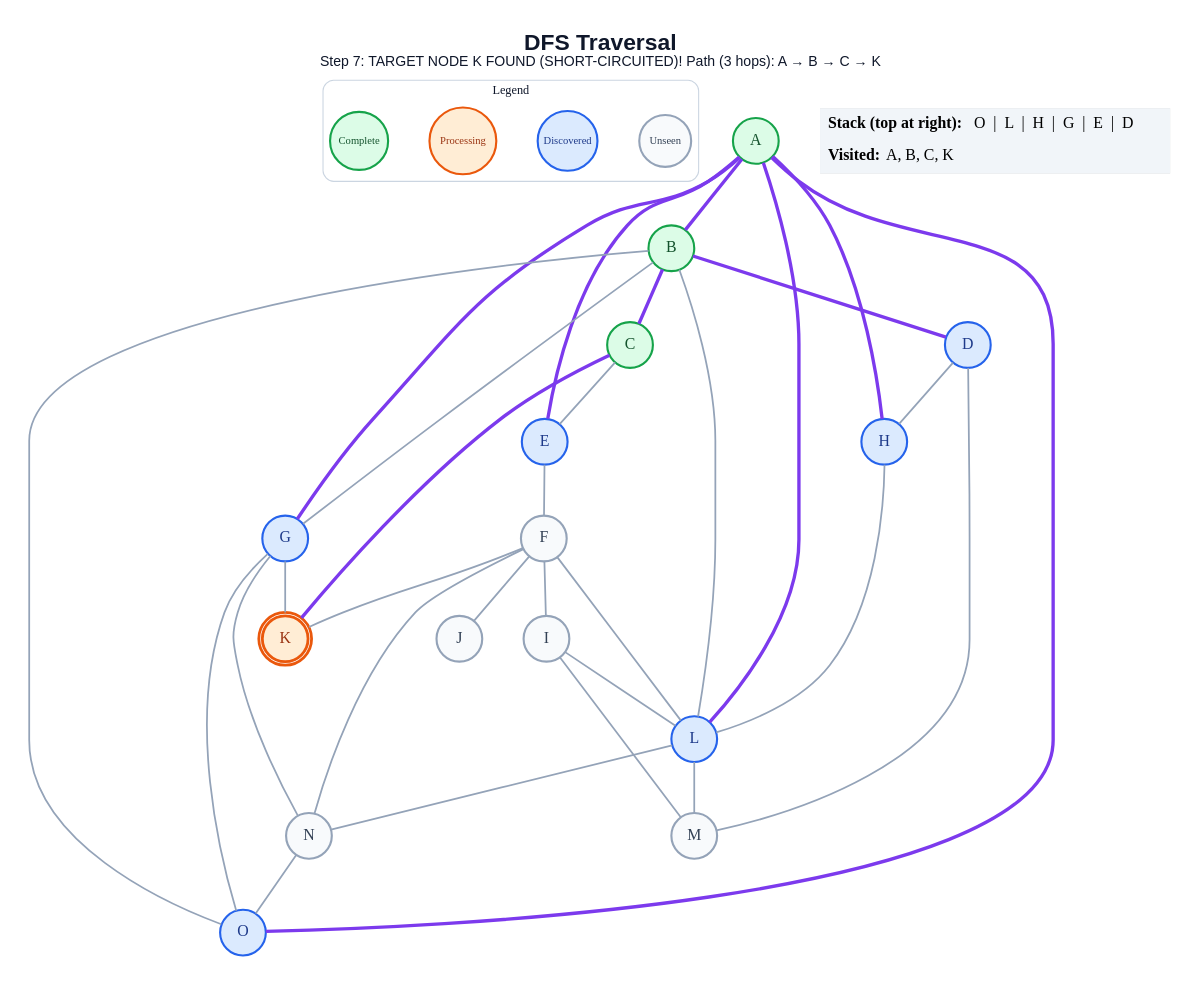
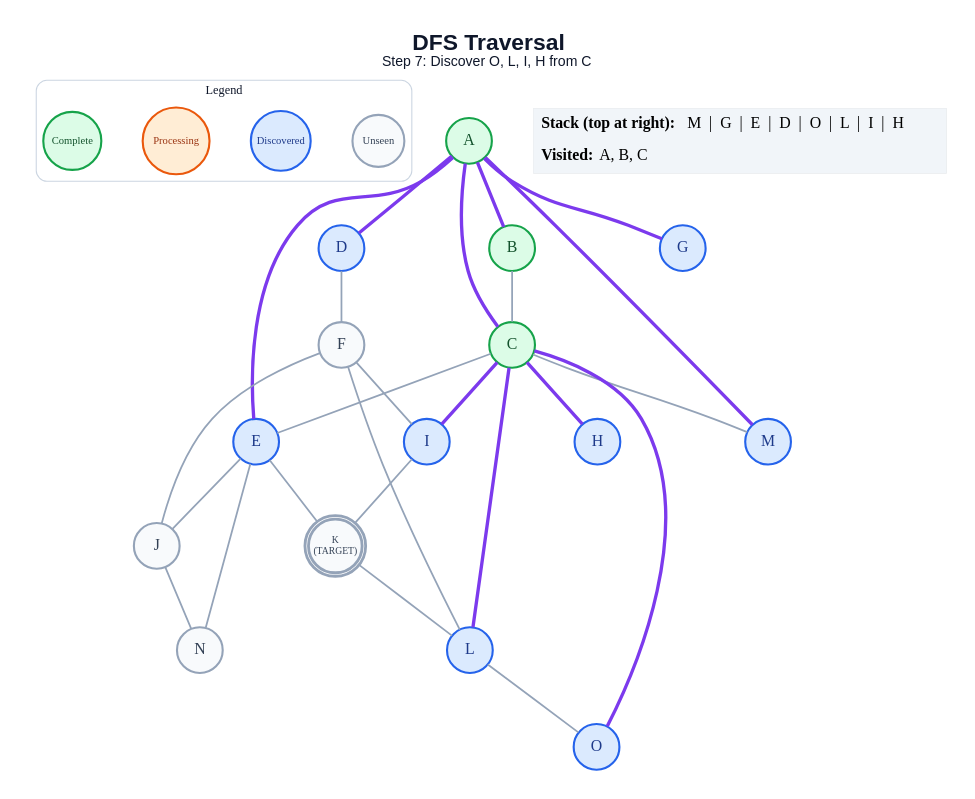
Before and after one commit to anon7238593-create/ai-slop: the diagram in generated/short-circuit/dfs/step_07.dot, drawn with Graphviz. The commit also changed 262 other files, not shown here.

```diff
--- a/generated/short-circuit/dfs/step_07.dot
+++ b/generated/short-circuit/dfs/step_07.dot
@@ -1,64 +1,58 @@
 graph traversal {
   graph [layout=dot, rankdir=TB, bgcolor="#FFFFFF", pad="0.35", nodesep="0.65", ranksep="0.8", fontname="Arial"];
   node [shape=circle, style="filled", fontname="Arial Bold", fontsize=18, width=0.72, fixedsize=true, penwidth=2.4];
   edge [color="#94A3B8", penwidth=2.0];
-  label=<<B>DFS Traversal</B><BR/><FONT POINT-SIZE="16">Step 7: TARGET NODE K FOUND (SHORT-CIRCUITED)! Path (3 hops): A → B → C → K</FONT>>; labelloc="t"; fontsize=26; fontname="Arial"; fontcolor="#0F172A";
+  label=<<B>DFS Traversal</B><BR/><FONT POINT-SIZE="16">Step 7: Discover O, L, I, H from C</FONT>>; labelloc="t"; fontsize=26; fontname="Arial"; fontcolor="#0F172A";
   subgraph cluster_legend { label="Legend"; color="#CBD5E1"; penwidth=1.2; style="rounded"; fontsize=14; fontname="Arial Bold";
     key_unseen [label="Unseen", fillcolor="#F8FAFC", color="#94A3B8", fontcolor="#334155", fontsize=12, width=0.82];
     key_frontier [label="Discovered", fillcolor="#DBEAFE", color="#2563EB", fontcolor="#1E3A8A", fontsize=12, width=0.95];
     key_current [label="Processing", fillcolor="#FFEDD5", color="#EA580C", fontcolor="#9A3412", fontsize=12, width=1.05];
     key_done [label="Complete", fillcolor="#DCFCE7", color="#16A34A", fontcolor="#14532D", fontsize=12, width=0.92];
     { rank=same; key_unseen; key_frontier; key_current; key_done; }
   }
   A [label="A", fillcolor="#DCFCE7", color="#16A34A", fontcolor="#14532D", peripheries=1, penwidth=2.4];
   B [label="B", fillcolor="#DCFCE7", color="#16A34A", fontcolor="#14532D", peripheries=1, penwidth=2.4];
   C [label="C", fillcolor="#DCFCE7", color="#16A34A", fontcolor="#14532D", peripheries=1, penwidth=2.4];
   D [label="D", fillcolor="#DBEAFE", color="#2563EB", fontcolor="#1E3A8A", peripheries=1, penwidth=2.4];
   E [label="E", fillcolor="#DBEAFE", color="#2563EB", fontcolor="#1E3A8A", peripheries=1, penwidth=2.4];
   F [label="F", fillcolor="#F8FAFC", color="#94A3B8", fontcolor="#334155", peripheries=1, penwidth=2.4];
   G [label="G", fillcolor="#DBEAFE", color="#2563EB", fontcolor="#1E3A8A", peripheries=1, penwidth=2.4];
   H [label="H", fillcolor="#DBEAFE", color="#2563EB", fontcolor="#1E3A8A", peripheries=1, penwidth=2.4];
-  I [label="I", fillcolor="#F8FAFC", color="#94A3B8", fontcolor="#334155", peripheries=1, penwidth=2.4];
+  I [label="I", fillcolor="#DBEAFE", color="#2563EB", fontcolor="#1E3A8A", peripheries=1, penwidth=2.4];
   J [label="J", fillcolor="#F8FAFC", color="#94A3B8", fontcolor="#334155", peripheries=1, penwidth=2.4];
-  K [label="K", fillcolor="#FFEDD5", color="#EA580C", fontcolor="#9A3412", peripheries=2, penwidth=3.2];
+  K [label="K\n(TARGET)", fillcolor="#F8FAFC", color="#94A3B8", fontcolor="#334155", peripheries=2, penwidth=3.2, fontsize=11, width=0.85, height=0.85];
   L [label="L", fillcolor="#DBEAFE", color="#2563EB", fontcolor="#1E3A8A", peripheries=1, penwidth=2.4];
-  M [label="M", fillcolor="#F8FAFC", color="#94A3B8", fontcolor="#334155", peripheries=1, penwidth=2.4];
+  M [label="M", fillcolor="#DBEAFE", color="#2563EB", fontcolor="#1E3A8A", peripheries=1, penwidth=2.4];
   N [label="N", fillcolor="#F8FAFC", color="#94A3B8", fontcolor="#334155", peripheries=1, penwidth=2.4];
   O [label="O", fillcolor="#DBEAFE", color="#2563EB", fontcolor="#1E3A8A", peripheries=1, penwidth=2.4];
   A -- B [color="#7C3AED", penwidth=3.8];
+  A -- C [color="#7C3AED", penwidth=3.8];
+  A -- D [color="#7C3AED", penwidth=3.8];
   A -- E [color="#7C3AED", penwidth=3.8];
   A -- G [color="#7C3AED", penwidth=3.8];
-  A -- H [color="#7C3AED", penwidth=3.8];
-  A -- L [color="#7C3AED", penwidth=3.8];
-  A -- O [color="#7C3AED", penwidth=3.8];
-  B -- C [color="#7C3AED", penwidth=3.8];
-  B -- D [color="#7C3AED", penwidth=3.8];
-  B -- G;
-  B -- L;
-  B -- O;
+  A -- M [color="#7C3AED", penwidth=3.8];
+  B -- C;
   C -- E;
-  C -- K [color="#7C3AED", penwidth=3.8];
-  D -- H;
-  D -- M;
-  E -- F;
+  C -- H [color="#7C3AED", penwidth=3.8];
+  C -- I [color="#7C3AED", penwidth=3.8];
+  C -- L [color="#7C3AED", penwidth=3.8];
+  C -- M;
+  C -- O [color="#7C3AED", penwidth=3.8];
+  D -- F;
+  E -- J;
+  E -- K;
+  E -- N;
   F -- I;
   F -- J;
-  F -- K;
   F -- L;
-  F -- N;
-  G -- K;
-  G -- N;
-  G -- O;
-  H -- L;
-  I -- L;
-  I -- M;
-  L -- M;
-  L -- N;
-  N -- O;
+  I -- K;
+  J -- N;
+  K -- L;
+  L -- O;
   status [shape=plain, fixedsize=false, width=0, height=0, margin=0, label=<
     <TABLE BORDER="0" CELLBORDER="0" CELLPADDING="7" BGCOLOR="#F1F5F9">
-      <TR><TD ALIGN="LEFT"><B>Stack (top at right):</B> O  |  L  |  H  |  G  |  E  |  D</TD></TR>
-      <TR><TD ALIGN="LEFT"><B>Visited:</B> A, B, C, K</TD></TR>
+      <TR><TD ALIGN="LEFT"><B>Stack (top at right):</B> M  |  G  |  E  |  D  |  O  |  L  |  I  |  H</TD></TR>
+      <TR><TD ALIGN="LEFT"><B>Visited:</B> A, B, C</TD></TR>
     </TABLE>
   >];
 }
```
